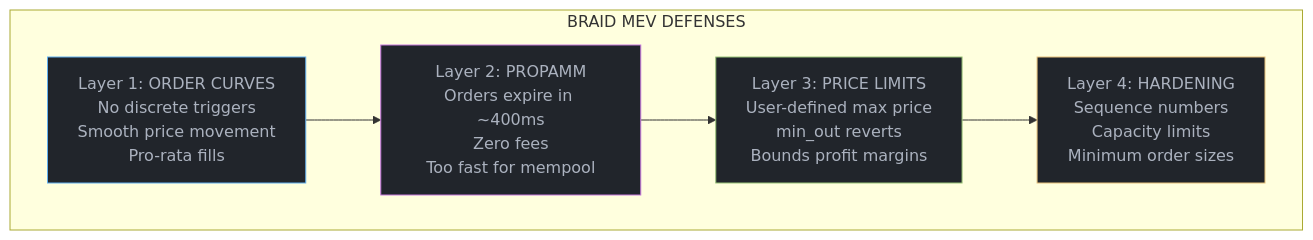
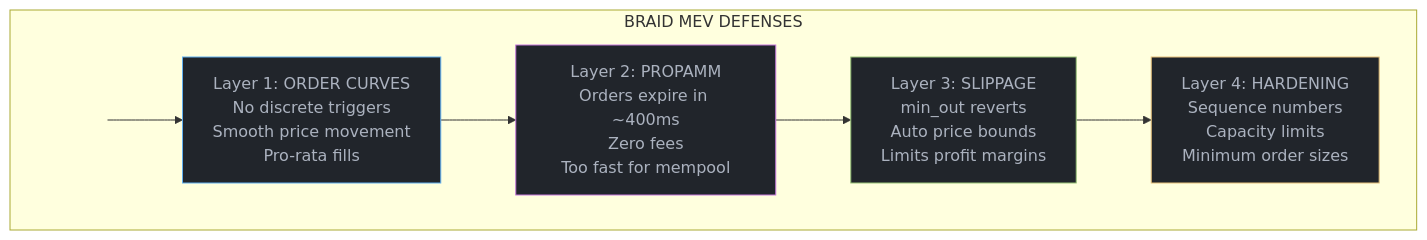
One commit to mgild/mintlify-docs changed the diagram in concepts/security.mdx. Above: the diagram before and after it, drawn with Mermaid. The commit also changed other lines of this file and 19 other files, not shown here.

````diff
--- a/concepts/security.mdx
+++ b/concepts/security.mdx
@@ -85,17 +85,18 @@
 ```mermaid
 
 graph TB
     subgraph Defenses["BRAID MEV DEFENSES"]
+        DefensesSpacer[ ]
         L1["Layer 1: ORDER CURVES<br/>No discrete triggers<br/>Smooth price movement<br/>Pro-rata fills"]
         L2["Layer 2: PROPAMM<br/>Orders expire in ~400ms<br/>Zero fees<br/>Too fast for mempool"]
-        L3["Layer 3: PRICE LIMITS<br/>User-defined max price<br/>min_out reverts<br/>Bounds profit margins"]
+        L3["Layer 3: SLIPPAGE<br/>min_out reverts<br/>Auto price bounds<br/>Limits profit margins"]
         L4["Layer 4: HARDENING<br/>Sequence numbers<br/>Capacity limits<br/>Minimum order sizes"]
+        DefensesSpacer --> L1 --> L2 --> L3 --> L4
     end
 
-    L1 --> L2 --> L3 --> L4
-
+    style DefensesSpacer fill:transparent,stroke:transparent,color:transparent
     style L1 fill:#21252b,stroke:#61afef,color:#abb2bf
     style L2 fill:#21252b,stroke:#c678dd,color:#abb2bf
     style L3 fill:#21252b,stroke:#98c379,color:#abb2bf
     style L4 fill:#21252b,stroke:#e5c07b,color:#abb2bf
 ```
````
